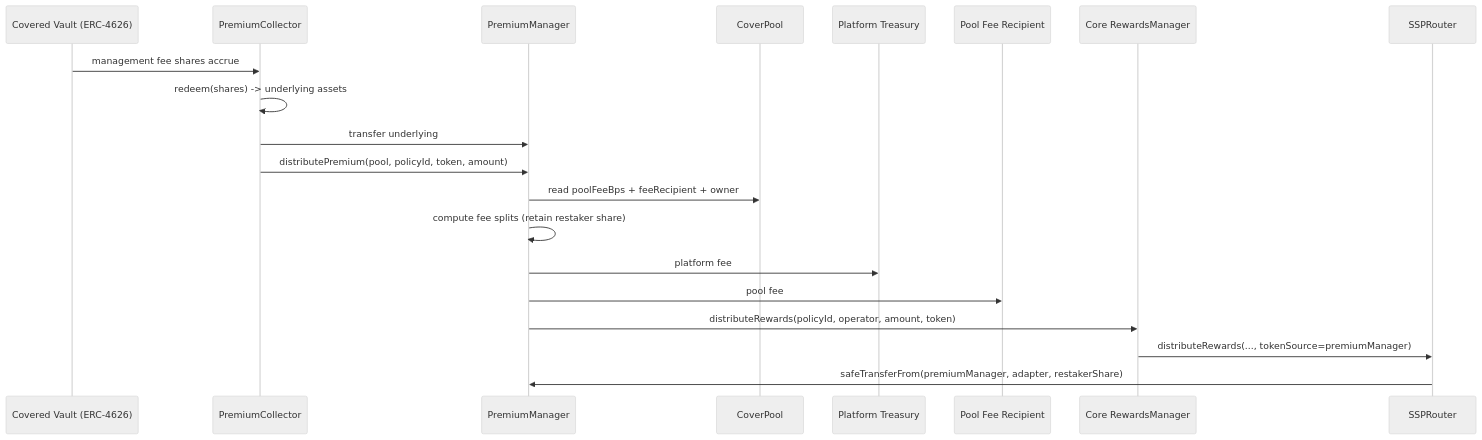
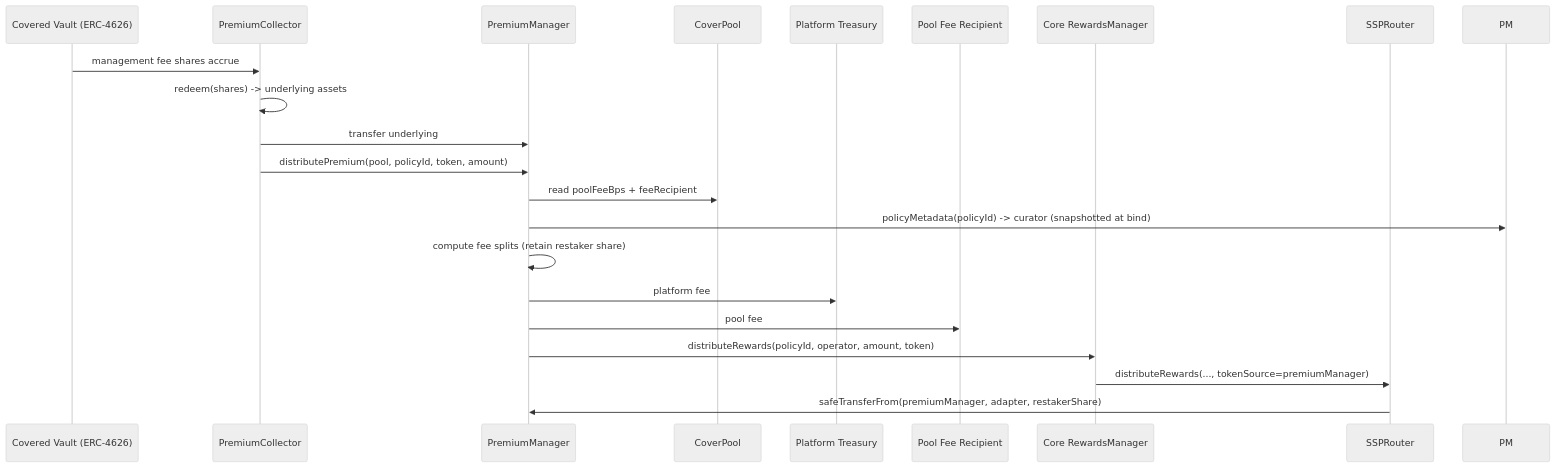
One commit to 0xcatalysis/coverage changed the second of 5 diagrams in docs/architecture/06-premiums-claims.md. Above: the diagram before and after it, drawn with Mermaid (neutral theme). The commit also changed other lines of this file and 1 other file, not shown here.

Commit message:
doc: update architecture documentation

````diff
--- a/docs/architecture/06-premiums-claims.md
+++ b/docs/architecture/06-premiums-claims.md
@@ -60,23 +60,24 @@
 ```mermaid
 sequenceDiagram
     participant Vault as Covered Vault (ERC-4626)
     participant PC as PremiumCollector
     participant PRM as PremiumManager
     participant Pool as CoverPool
     participant Treasury as Platform Treasury
     participant PoolRecipient as Pool Fee Recipient
     participant RM as Core RewardsManager
     participant SSP as SSPRouter
 
     Vault->>PC: management fee shares accrue
     PC->>PC: redeem(shares) -> underlying assets
     PC->>PRM: transfer underlying
     PC->>PRM: distributePremium(pool, policyId, token, amount)
-    PRM->>Pool: read poolFeeBps + feeRecipient + owner
+    PRM->>Pool: read poolFeeBps + feeRecipient
+    PRM->>PM: policyMetadata(policyId) -> curator (snapshotted at bind)
     PRM->>PRM: compute fee splits (retain restaker share)
     PRM->>Treasury: platform fee
     PRM->>PoolRecipient: pool fee
     PRM->>RM: distributeRewards(policyId, operator, amount, token)
     RM->>SSP: distributeRewards(..., tokenSource=premiumManager)
     SSP->>PRM: safeTransferFrom(premiumManager, adapter, restakerShare)
 ```
````
